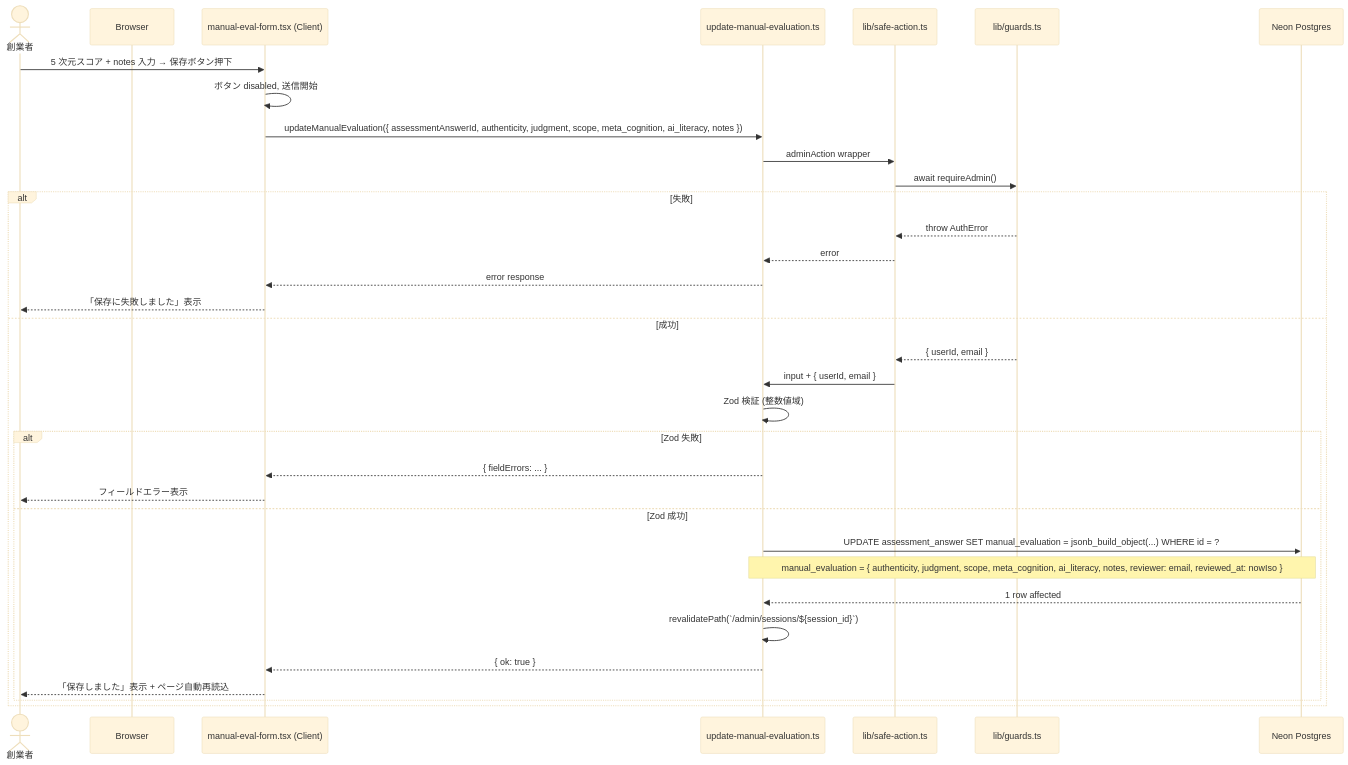
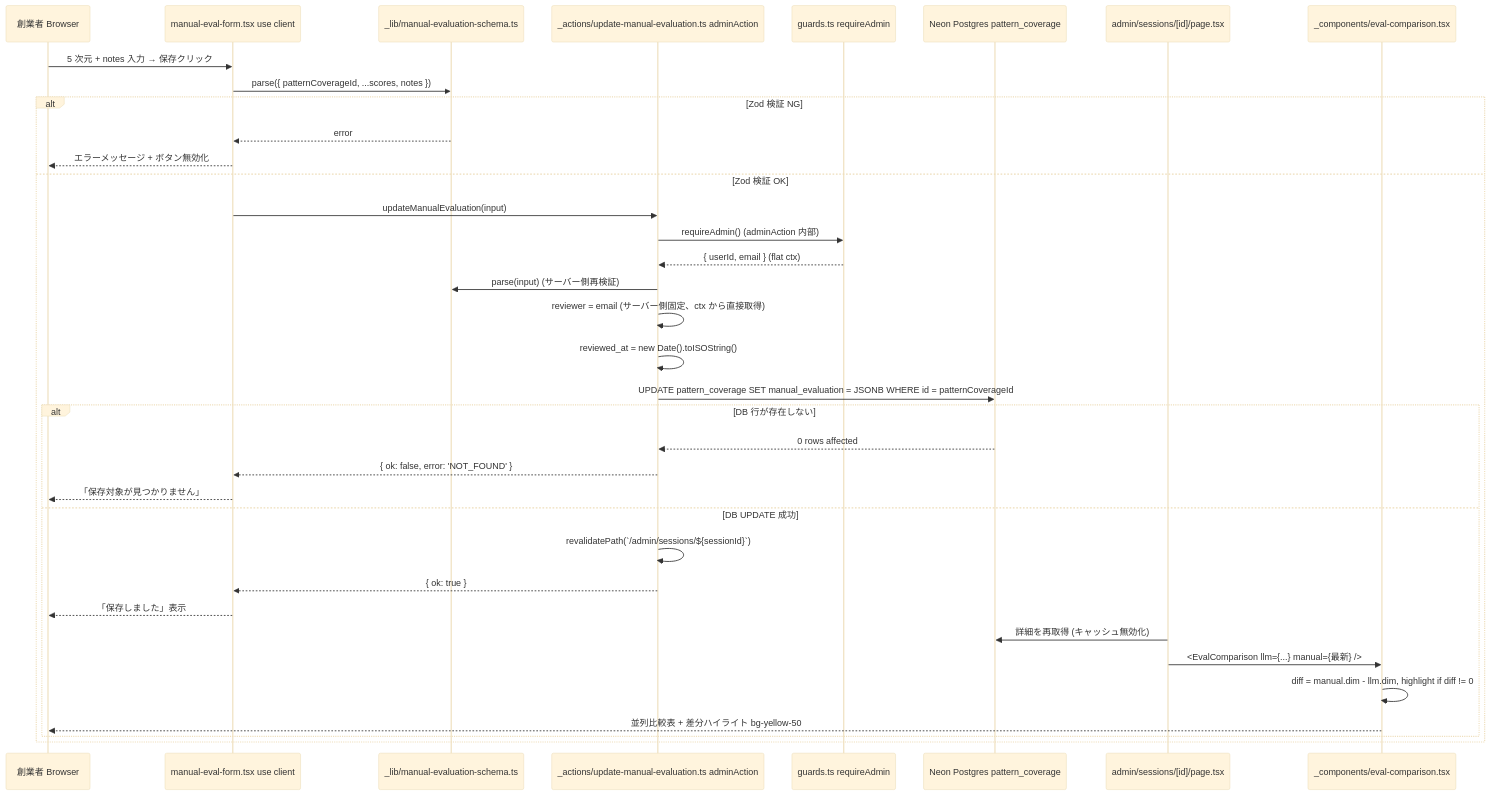
One commit to nonnta-ww/bulr-app-mvp changed the third of 4 diagrams in .kiro/specs/admin-review-panel/design.md. Above: the diagram before and after it, drawn with Mermaid (base theme). The commit also changed other lines of this file and 39 other files, not shown here.

````diff
--- a/.kiro/specs/admin-review-panel/design.md
+++ b/.kiro/specs/admin-review-panel/design.md
@@ -413,37 +409,39 @@
 ```mermaid
 sequenceDiagram
-    actor Admin as 創業者
-    participant Browser
-    participant Form as manual-eval-form.tsx (Client)
-    participant Action as update-manual-evaluation.ts
-    participant SafeAction as lib/safe-action.ts
-    participant Guards as lib/guards.ts
-    participant DB as Neon Postgres
+    participant U as 創業者 Browser
+    participant Form as manual-eval-form.tsx use client
+    participant Schema as _lib/manual-evaluation-schema.ts
+    participant Action as _actions/update-manual-evaluation.ts adminAction
+    participant Guard as guards.ts requireAdmin
+    participant DB as Neon Postgres pattern_coverage
+    participant Page as admin/sessions/[id]/page.tsx
+    participant Compare as _components/eval-comparison.tsx
 
-    Admin->>Form: 5 次元スコア + notes 入力 → 保存ボタン押下
-    Form->>Form: ボタン disabled, 送信開始
-    Form->>Action: updateManualEvaluation({ assessmentAnswerId, authenticity, judgment, scope, meta_cognition, ai_literacy, notes })
-    Action->>SafeAction: adminAction wrapper
-    SafeAction->>Guards: await requireAdmin()
-    alt 失敗
-        Guards-->>SafeAction: throw AuthError
-        SafeAction-->>Action: error
-        Action-->>Form: error response
-        Form-->>Admin: 「保存に失敗しました」表示
-    else 成功
-        Guards-->>SafeAction: { userId, email }
-        SafeAction->>Action: input + { userId, email }
-        Action->>Action: Zod 検証 (整数値域)
-        alt Zod 失敗
-            Action-->>Form: { fieldErrors: ... }
-            Form-->>Admin: フィールドエラー表示
-        else Zod 成功
-            Action->>DB: UPDATE assessment_answer SET manual_evaluation = jsonb_build_object(...) WHERE id = ?
-            Note over Action,DB: manual_evaluation = { authenticity, judgment, scope, meta_cognition, ai_literacy, notes, reviewer: email, reviewed_at: nowIso }
-            DB-->>Action: 1 row affected
-            Action->>Action: revalidatePath(`/admin/sessions/${session_id}`)
+    U->>Form: 5 次元 + notes 入力 → 保存クリック
+    Form->>Schema: parse({ patternCoverageId, ...scores, notes })
+    alt Zod 検証 NG
+        Schema-->>Form: error
+        Form-->>U: エラーメッセージ + ボタン無効化
+    else Zod 検証 OK
+        Form->>Action: updateManualEvaluation(input)
+        Action->>Guard: requireAdmin() (adminAction 内部)
+        Guard-->>Action: { userId, email } (flat ctx)
+        Action->>Schema: parse(input) (サーバー側再検証)
+        Action->>Action: reviewer = email (サーバー側固定、ctx から直接取得)
+        Action->>Action: reviewed_at = new Date().toISOString()
+        Action->>DB: UPDATE pattern_coverage SET manual_evaluation = JSONB WHERE id = patternCoverageId
+        alt DB 行が存在しない
+            DB-->>Action: 0 rows affected
+            Action-->>Form: { ok: false, error: 'NOT_FOUND' }
+            Form-->>U: 「保存対象が見つかりません」
+        else DB UPDATE 成功
+            Action->>Action: revalidatePath(`/admin/sessions/${sessionId}`)
             Action-->>Form: { ok: true }
-            Form-->>Admin: 「保存しました」表示 + ページ自動再読込
+            Form-->>U: 「保存しました」表示
+            Page->>DB: 詳細を再取得 (キャッシュ無効化)
+            Page->>Compare: <EvalComparison llm={...} manual={最新} />
+            Compare->>Compare: diff = manual.dim - llm.dim, highlight if diff != 0
+            Compare-->>U: 並列比較表 + 差分ハイライト bg-yellow-50
         end
     end
 ```
````
